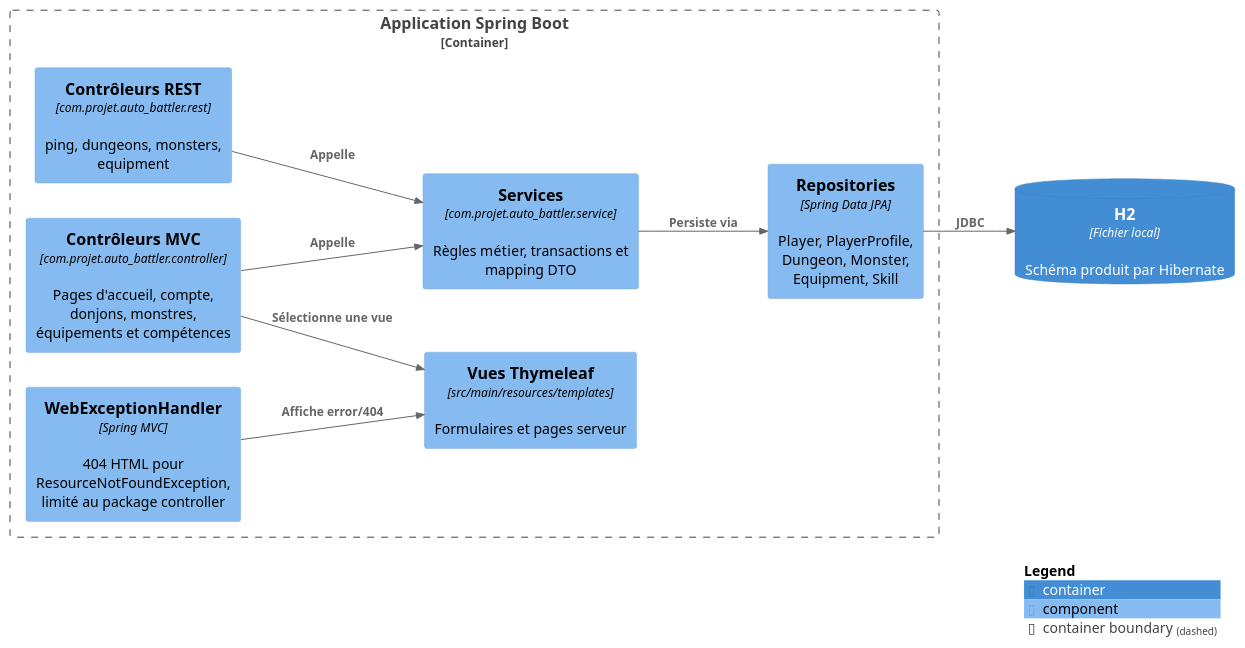
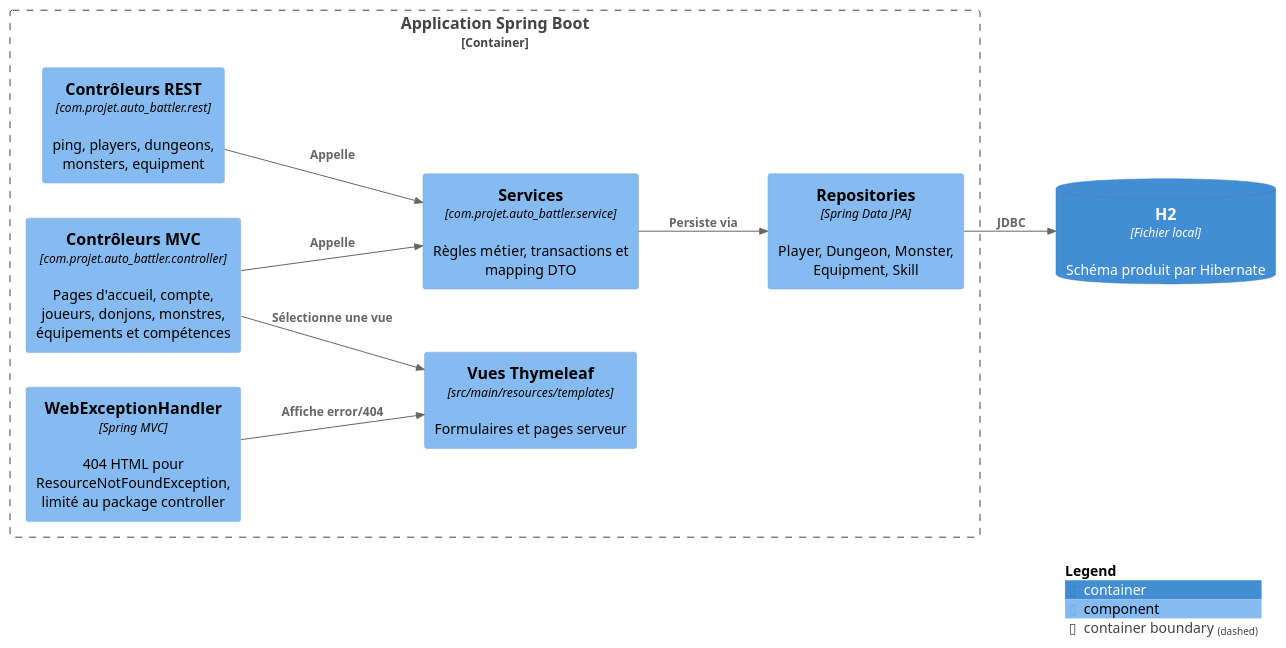
Before and after one commit to grignonlouis/auto-battler: the diagram in auto-battler/docs/diagrams/components.puml, drawn with PlantUML. The commit also changed 14 other files, not shown here.

```diff
--- a/auto-battler/docs/diagrams/components.puml
+++ b/auto-battler/docs/diagrams/components.puml
@@ -1,25 +1,25 @@
 @startuml C4_Component
 !include <C4/C4_Component>
 LAYOUT_LEFT_RIGHT()
 skinparam shadowing false
 
 Container_Boundary(app, "Application Spring Boot") {
-  Component(mvc, "Contrôleurs MVC", "com.projet.auto_battler.controller", "Pages d'accueil, compte, donjons, monstres, équipements et compétences")
-  Component(rest, "Contrôleurs REST", "com.projet.auto_battler.rest", "ping, dungeons, monsters, equipment")
+  Component(mvc, "Contrôleurs MVC", "com.projet.auto_battler.controller", "Pages d'accueil, compte, joueurs, donjons, monstres, équipements et compétences")
+  Component(rest, "Contrôleurs REST", "com.projet.auto_battler.rest", "ping, players, dungeons, monsters, equipment")
   Component(webErrors, "WebExceptionHandler", "Spring MVC", "404 HTML pour ResourceNotFoundException, limité au package controller")
   Component(services, "Services", "com.projet.auto_battler.service", "Règles métier, transactions et mapping DTO")
-  Component(repos, "Repositories", "Spring Data JPA", "Player, PlayerProfile, Dungeon, Monster, Equipment, Skill")
+  Component(repos, "Repositories", "Spring Data JPA", "Player, Dungeon, Monster, Equipment, Skill")
   Component(views, "Vues Thymeleaf", "src/main/resources/templates", "Formulaires et pages serveur")
 }
 
 ContainerDb(db, "H2", "Fichier local", "Schéma produit par Hibernate")
 
 Rel(mvc, services, "Appelle")
 Rel(rest, services, "Appelle")
 Rel(mvc, views, "Sélectionne une vue")
 Rel(webErrors, views, "Affiche error/404")
 Rel(services, repos, "Persiste via")
 Rel(repos, db, "JDBC")
 
 SHOW_LEGEND()
 @enduml
```
